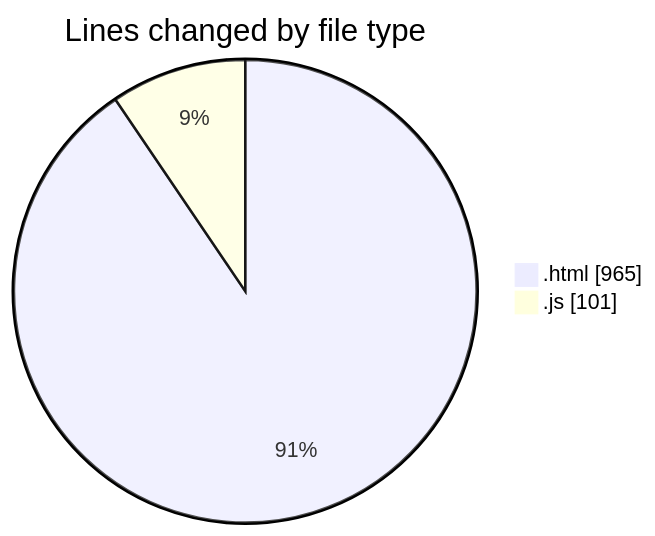
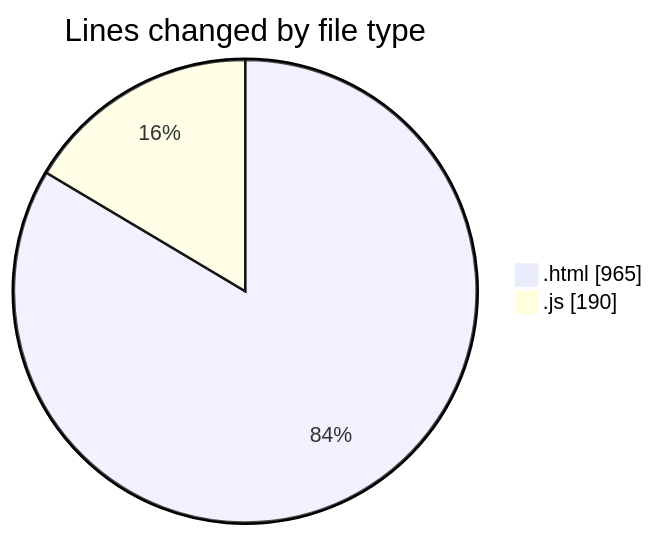
Before and after one commit to IJAZ3593/code-tracking: the first of 2 diagrams in 2025-09-13/new_folder/README.md, drawn with Mermaid. The commit also changed other lines of this file and 1 other file, not shown here.

````diff
--- a/2025-09-13/new_folder/README.md
+++ b/2025-09-13/new_folder/README.md
@@ -26,6 +26,6 @@
 ```mermaid
 pie showData
 title Lines changed by file type
 ".html" : 965
-".js" : 101
+".js" : 190
 ```
````
